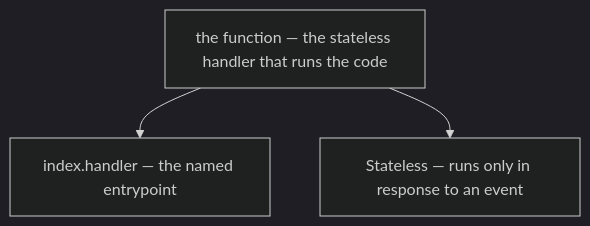
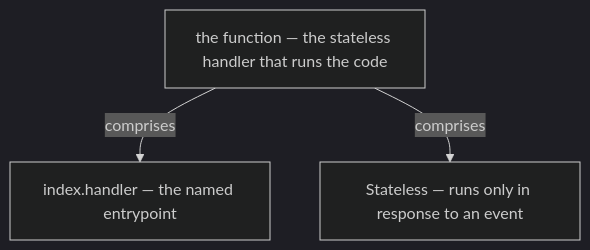
The eighth of 14 diagrams in docs/ch41-serverless-deployment.md (vinayakuber/microservices-io-study-guide), drawn with Mermaid (dark theme) before and after one commit. The commit also changed other lines of this file and 71 other files, not shown here.

First line of the commit message:
R18: label every diagram arrow with its meaning

````diff
--- a/docs/ch41-serverless-deployment.md
+++ b/docs/ch41-serverless-deployment.md
@@ -228,6 +228,6 @@
 ```mermaid
 flowchart TD
   R["the function — the stateless handler that runs the code"]
-  R --> P0["index.handler — the named entrypoint"]
-  R --> P1["Stateless — runs only in response to an event"]
+  R -->|"comprises"| P0["index.handler — the named entrypoint"]
+  R -->|"comprises"| P1["Stateless — runs only in response to an event"]
 ```
````
